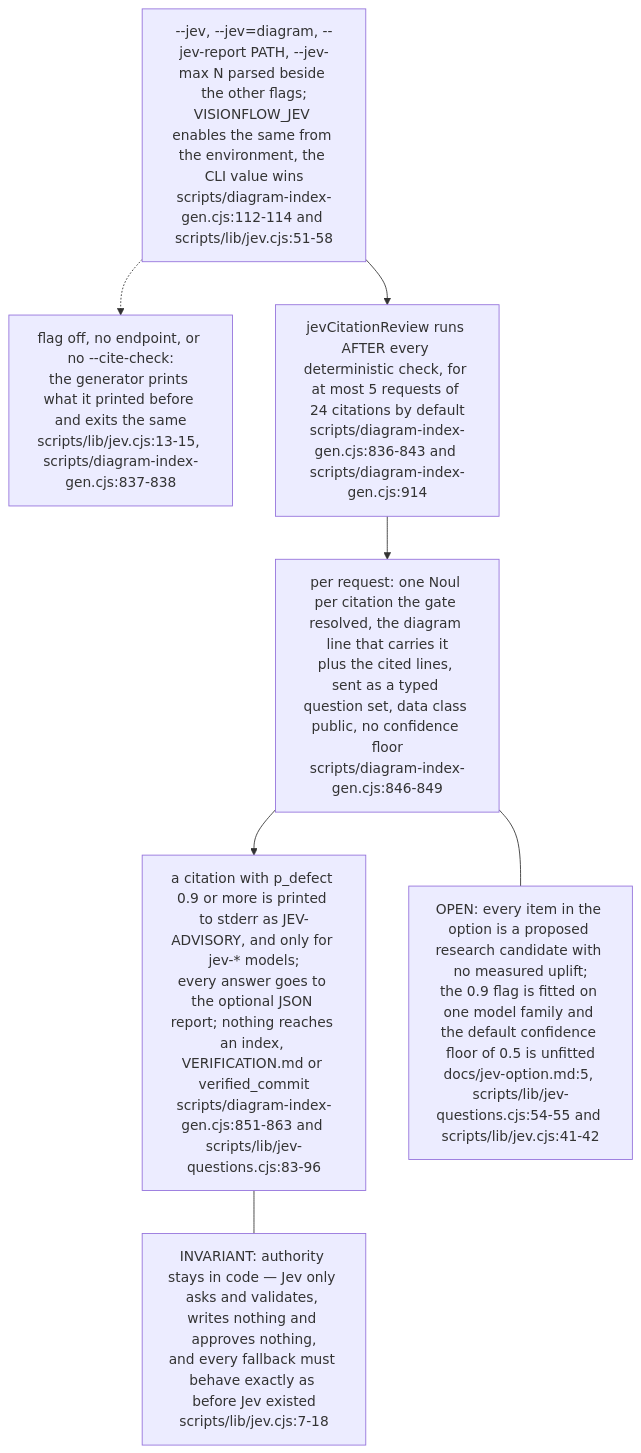
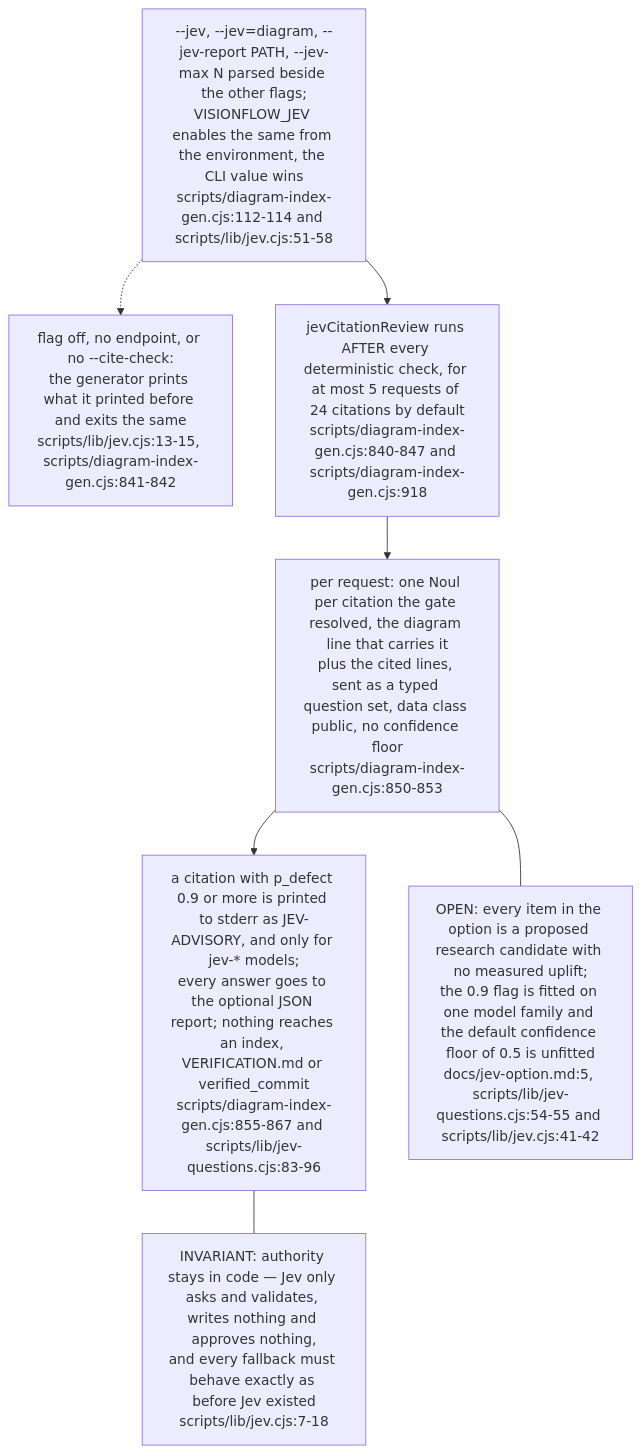
Diagram 15 of 15 in docs/diagrams/visionflow/06-diagram-tooling.md (DreamLab-AI/VisionFlow), drawn with Mermaid before and after one commit. The commit also changed other lines of this file and 7 other files, not shown here.

````diff
--- a/docs/diagrams/visionflow/06-diagram-tooling.md
+++ b/docs/diagrams/visionflow/06-diagram-tooling.md
@@ -496,14 +496,14 @@
 ```mermaid
 flowchart TB
     FLAG["--jev, --jev=diagram, --jev-report PATH, --jev-max N parsed beside the other flags;<br/>VISIONFLOW_JEV enables the same from the environment, the CLI value wins<br/>scripts/diagram-index-gen.cjs:112-114 and scripts/lib/jev.cjs:51-58"]
-    OFF["flag off, no endpoint, or no --cite-check:<br/>the generator prints what it printed before and exits the same<br/>scripts/lib/jev.cjs:13-15, scripts/diagram-index-gen.cjs:837-838"]
-    RUN["jevCitationReview runs AFTER every deterministic check, for at most 5 requests of 24 citations by default<br/>scripts/diagram-index-gen.cjs:836-843 and scripts/diagram-index-gen.cjs:914"]
-    ASK["per request: one Noul per citation the gate resolved, the diagram line that carries it<br/>plus the cited lines, sent as a typed question set, data class public, no confidence floor<br/>scripts/diagram-index-gen.cjs:846-849"]
-    OUT["a citation with p_defect 0.9 or more is printed to stderr as JEV-ADVISORY, and only for jev-* models;<br/>every answer goes to the optional JSON report; nothing reaches an index, VERIFICATION.md or verified_commit<br/>scripts/diagram-index-gen.cjs:851-863 and scripts/lib/jev-questions.cjs:83-96"]
+    OFF["flag off, no endpoint, or no --cite-check:<br/>the generator prints what it printed before and exits the same<br/>scripts/lib/jev.cjs:13-15, scripts/diagram-index-gen.cjs:841-842"]
+    RUN["jevCitationReview runs AFTER every deterministic check, for at most 5 requests of 24 citations by default<br/>scripts/diagram-index-gen.cjs:840-847 and scripts/diagram-index-gen.cjs:918"]
+    ASK["per request: one Noul per citation the gate resolved, the diagram line that carries it<br/>plus the cited lines, sent as a typed question set, data class public, no confidence floor<br/>scripts/diagram-index-gen.cjs:850-853"]
+    OUT["a citation with p_defect 0.9 or more is printed to stderr as JEV-ADVISORY, and only for jev-* models;<br/>every answer goes to the optional JSON report; nothing reaches an index, VERIFICATION.md or verified_commit<br/>scripts/diagram-index-gen.cjs:855-867 and scripts/lib/jev-questions.cjs:83-96"]
     FLAG --> RUN --> ASK --> OUT
     FLAG -.-> OFF
     N1["INVARIANT: authority stays in code — Jev only asks and validates, writes nothing and approves nothing,<br/>and every fallback must behave exactly as before Jev existed<br/>scripts/lib/jev.cjs:7-18"]
     N2["OPEN: every item in the option is a proposed research candidate with no measured uplift;<br/>the 0.9 flag is fitted on one model family and the default confidence floor of 0.5 is unfitted<br/>docs/jev-option.md:5, scripts/lib/jev-questions.cjs:54-55 and scripts/lib/jev.cjs:41-42"]
     OUT --- N1
     ASK --- N2
 ```
````
